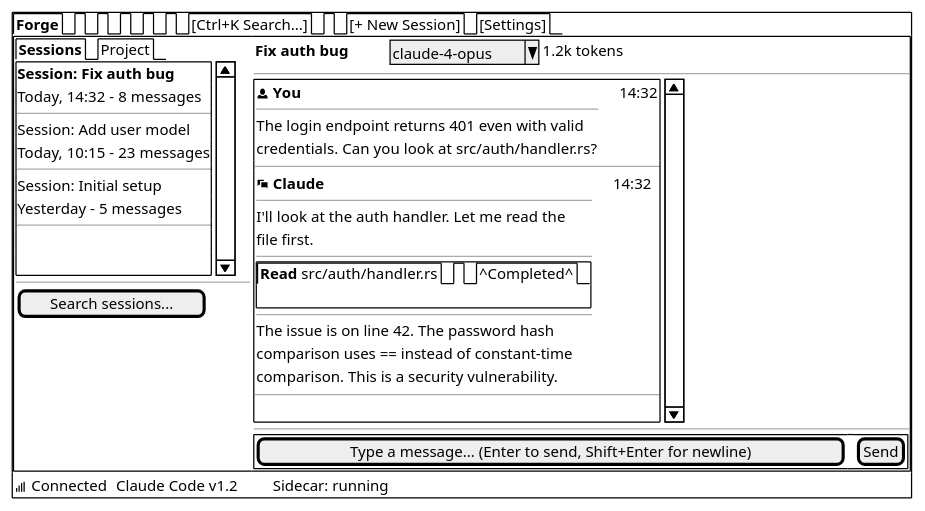
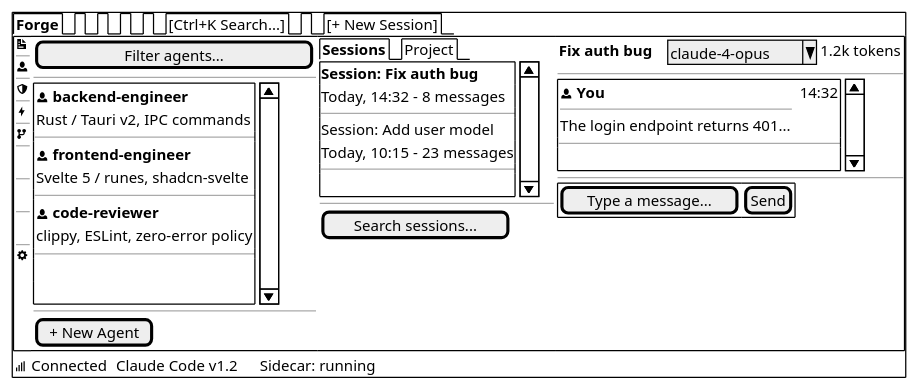
Before and after one commit to orqastudio/app: the third of 4 diagrams in docs/ui/wireframes/core-layout.md, drawn with PlantUML. The commit also changed other lines of this file and 19 other files, not shown here.

````diff
--- a/docs/ui/wireframes/core-layout.md
+++ b/docs/ui/wireframes/core-layout.md
@@ -174,59 +230,80 @@
 ```plantuml
 @startsalt
 {+
-  {/ <b>Forge</b> | . | . | . | . | . | [Ctrl+K Search...] | . | [+ New Session] | [Settings] }
+  {/ <b>Forge</b> | . | . | . | . | [Ctrl+K Search...] | . | [+ New Session] }
   {+
     {
+      <&document>
+      ---
+      **<&person>**
+      ---
+      <&shield>
+      ---
+      <&bolt>
+      ---
+      <&fork>
+      ---
+      .
+      ---
+      .
+      ---
+      .
+      ---
+      <&cog>
+    } | {
+      [Filter agents...           ]
+      ---
+      {SI
+        {
+          <&person> <b>backend-engineer</b>
+          Rust / Tauri v2, IPC commands
+        }
+        ---
+        {
+          <&person> <b>frontend-engineer</b>
+          Svelte 5 / runes, shadcn-svelte
+        }
+        ---
+        {
+          <&person> <b>code-reviewer</b>
+          clippy, ESLint, zero-error policy
+        }
+        ---
+        .
+        .
+      }
+      ---
+      [+ New Agent]
+    } | {
       {/ <b>Sessions</b> | Project }
       {SI
         <b>Session: Fix auth bug</b>
         Today, 14:32 - 8 messages
         ---
         Session: Add user model
         Today, 10:15 - 23 messages
         ---
-        Session: Initial setup
-        Yesterday - 5 messages
-        ---
-        .
         .
       }
       ---
       [Search sessions...]
     } | {
-      { <b>Fix auth bug</b> | . | . | . | . | . | . | ^claude-4-opus^ | 1.2k tokens }
+      { <b>Fix auth bug</b> | . | . | ^claude-4-opus^ | 1.2k tokens }
       ---
       {SI
         {
-          <&person> <b>You</b> | . | . | . | 14:32
+          <&person> <b>You</b> | . | 14:32
           ---
-          The login endpoint returns 401 even with valid
-          credentials. Can you look at src/auth/handler.rs?
-        }
-        ---
-        {
-          <&chat> <b>Claude</b> | . | . | . | 14:32
-          ---
-          I'll look at the auth handler. Let me read the
-          file first.
-          ---
-          {+
-            {/ <b>Read</b> src/auth/handler.rs | . | ^Completed^ }
-            .
-          }
-          ---
-          The issue is on line 42. The password hash
-          comparison uses == instead of constant-time
-          comparison. This is a security vulnerability.
+          The login endpoint returns 401...
         }
         ---
         .
       }
       ---
-      {+ [Type a message... (Enter to send, Shift+Enter for newline)] | . | [Send] }
+      {+ [Type a message...] | [Send] }
     }
   }
-  { <&signal> Connected | . | Claude Code v1.2 | . | . | . | . | . | Sidecar: running }
+  { <&signal> Connected | . | Claude Code v1.2 | . | . | . | Sidecar: running }
 }
 @endsalt
 ```
````
